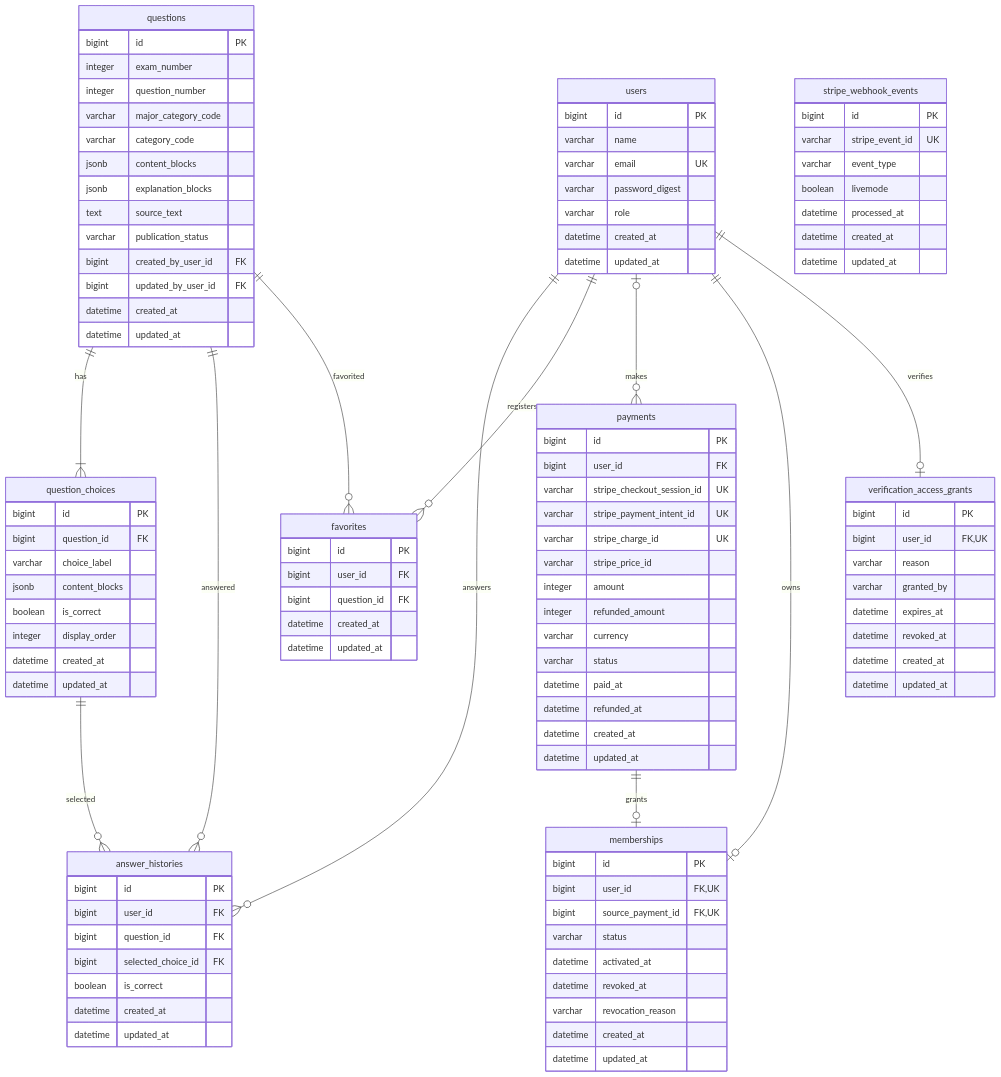
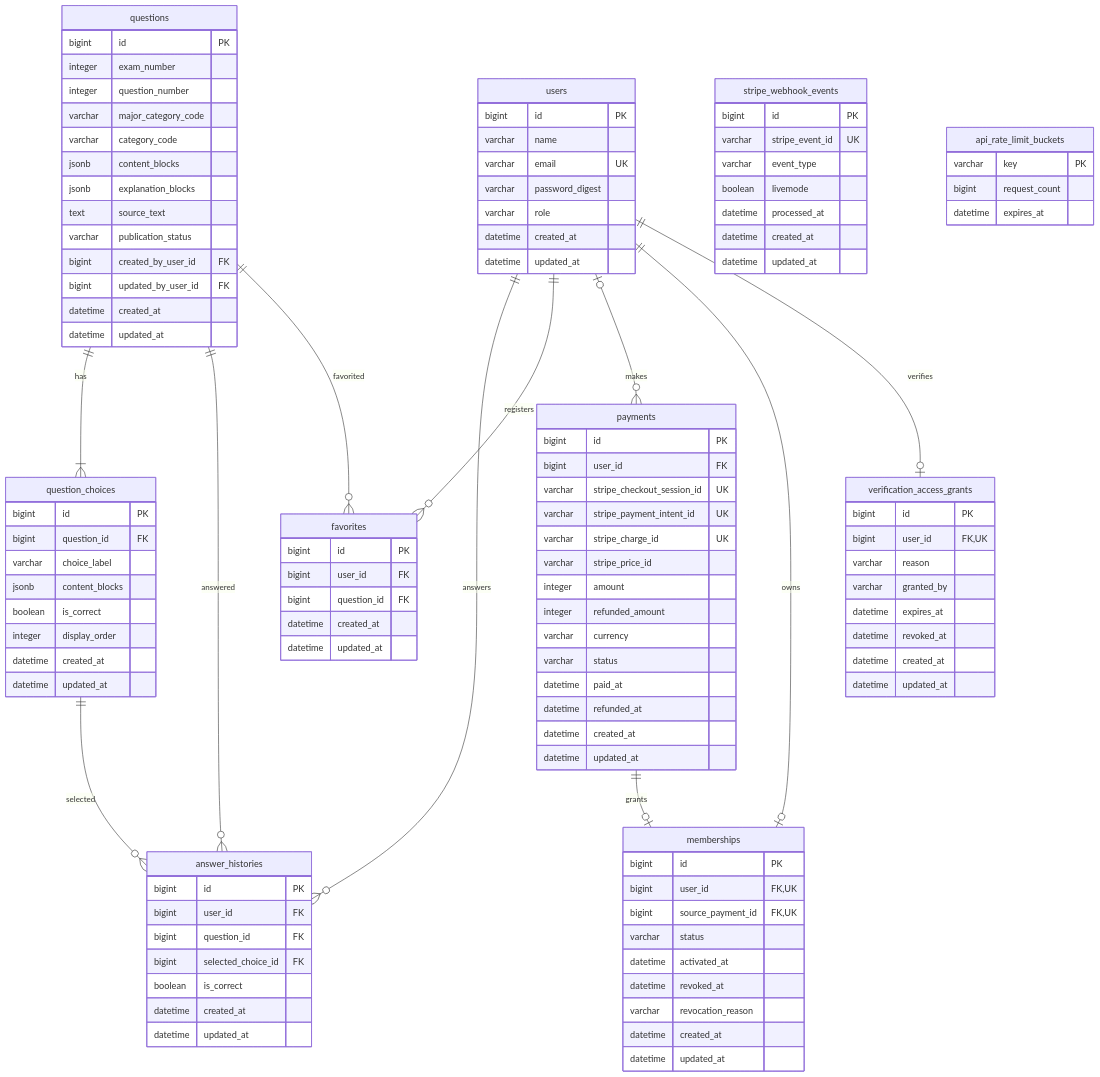
Before and after one commit to misato729/TQCE-info-practice: the diagram in document/DB設計.md, drawn with Mermaid. The commit also changed other lines of this file and 29 other files, not shown here.

````diff
--- a/document/DB設計.md
+++ b/document/DB設計.md
@@ -154,4 +155,10 @@
         datetime created_at
         datetime updated_at
     }
+
+    api_rate_limit_buckets {
+        varchar key PK
+        bigint request_count
+        datetime expires_at
+    }
 ```
````
